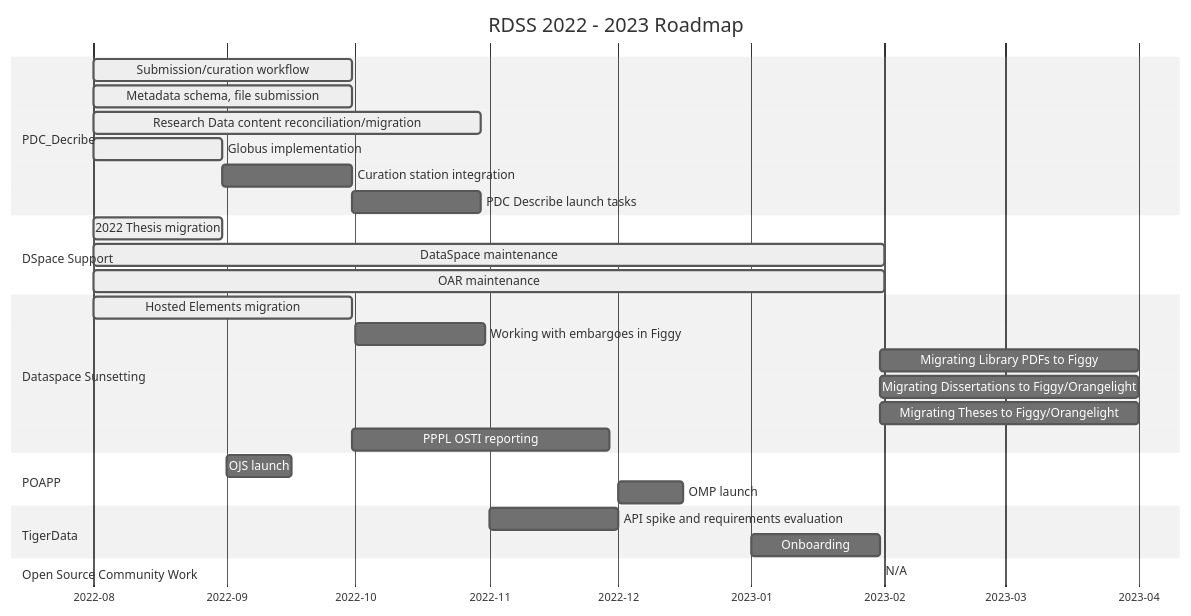
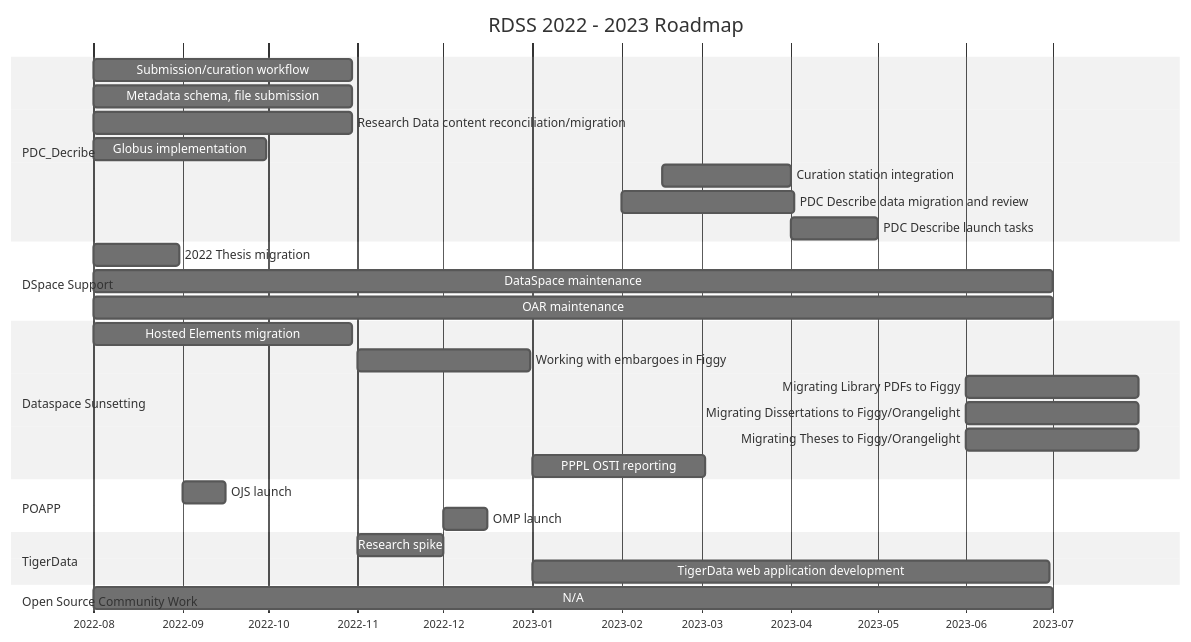
One commit to pulibrary/rdss-handbook changed the first of 9 diagrams in roadmap.md. Above: the diagram before and after it, drawn with Mermaid (neutral theme).

Commit message:
Updated roadmap for 2023 (#94)

````diff
--- a/roadmap.md
+++ b/roadmap.md
@@ -5,32 +5,33 @@
 ```mermaid
 gantt
     title RDSS 2022 - 2023 Roadmap
     axisFormat  %Y-%m
     dateformat YYYY-MM
     section PDC_Decribe
-    Submission/curation workflow :active, pd1, 2022-08, 60d
-    Metadata schema, file submission :active, pd2, 2022-08, 60d
-    Research Data content reconciliation/migration :active, pd3, 2022-08, 90d
-    Globus implementation :active, pd4, 2022-08, 30d
-    Curation station integration: pd5, after pd4, 30d
-    PDC Describe launch tasks: pd6, after pd5, 30d
+    Submission/curation workflow: pd1, 2022-08-01, 90d
+    Metadata schema, file submission: pd2, 2022-08-01, 90d
+    Research Data content reconciliation/migration: pd3, 2022-08-01, 90d
+    Globus implementation: pd4, 2022-08-01, 60d
+    Curation station integration: pd5, 2023-02-15, 45d
+    PDC Describe data migration and review: pd6, 2023-02-01, 60d
+    PDC Describe launch tasks: pd6, 2023-04-01, 30d
     section DSpace Support
-    2022 Thesis migration :active, dsp1, 2022-08, 30d
-    DataSpace maintenance :active, dsp2, 2022-08, 2023-02
-    OAR maintenance :active, dsp2, 2022-08, 2023-02
+    2022 Thesis migration: dsp1, 2022-08, 30d
+    DataSpace maintenance: dsp2, 2022-08, 2023-07
+    OAR maintenance: dsp2, 2022-08, 2023-07
     section Dataspace Sunsetting
-    Hosted Elements migration :active, ds1, 2022-08, 60d
-    Working with embargoes in Figgy: ds2, 2022-10, 30d
-    Migrating Library PDFs to Figgy: ds4, after td2, 60d
-    Migrating Dissertations to Figgy/Orangelight: ds5, after td2, 60d
-    Migrating Theses to Figgy/Orangelight: ds6, after td2, 60d
-    PPPL OSTI reporting: ds3, after pd5,60d
+    Hosted Elements migration: ds1, 2022-08-01, 90d
+    Working with embargoes in Figgy: ds2, 2022-11, 60d
+    Migrating Library PDFs to Figgy: ds3, 2023-06, 60d
+    Migrating Dissertations to Figgy/Orangelight: ds4, 2023-06, 60d
+    Migrating Theses to Figgy/Orangelight: ds5, 2023-06, 60d
+    PPPL OSTI reporting: ds6, 2023-01,60d
     section POAPP
     OJS launch: po1, 2022-09, 15d
     OMP launch: po2, 2022-12, 15d
     section TigerData
-    API spike and requirements evaluation: td1, 2022-11, 30d
-    Onboarding: td2, 2023-01, 30d
+    Research spike: td1, 2022-11, 30d
+    TigerData web application development: td2, 2023-01, 180d
     section Open Source Community Work
-    N/A: os1
+    N/A: os1, 2022-08, 2023-07
 ```
````
